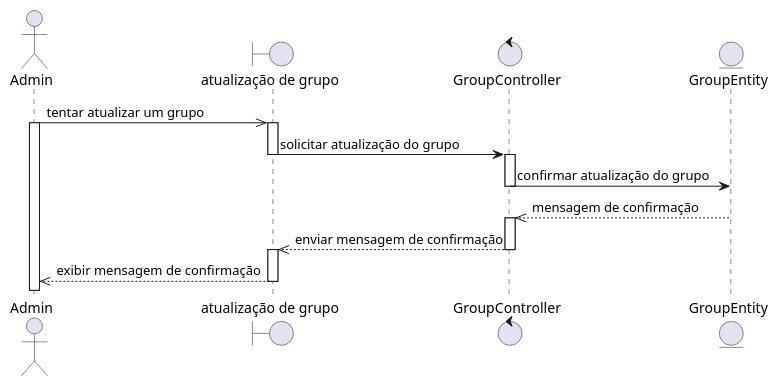
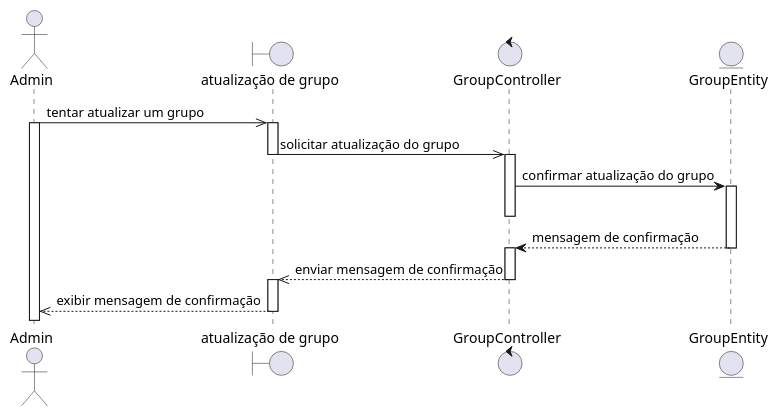
Before and after one commit to rodrigoRolim/CAdiagrams: the diagram in sequence/admin/group.update.seq.wsd, drawn with PlantUML. The commit also changed 56 other files, not shown here.

Commit message:
diagrams

```diff
--- a/sequence/admin/group.update.seq.wsd
+++ b/sequence/admin/group.update.seq.wsd
@@ -1,22 +1,24 @@
 @startuml
 actor Admin
 boundary "atualização de grupo" as grupo
 control GroupController
 entity GroupEntity
 
 Admin ->> grupo: tentar atualizar um grupo
 activate Admin
 activate grupo
-grupo -> GroupController: solicitar atualização do grupo
+grupo ->> GroupController: solicitar atualização do grupo
 deactivate grupo
 activate GroupController
 GroupController -> GroupEntity: confirmar atualização do grupo
+activate GroupEntity
 deactivate GroupController
-GroupEntity -->> GroupController: mensagem de confirmação
+GroupEntity --> GroupController: mensagem de confirmação
+deactivate GroupEntity
 activate GroupController
 GroupController -->> grupo: enviar mensagem de confirmação
 deactivate GroupController
 activate grupo
 grupo -->> Admin: exibir mensagem de confirmação
 deactivate grupo
 @enduml
```
